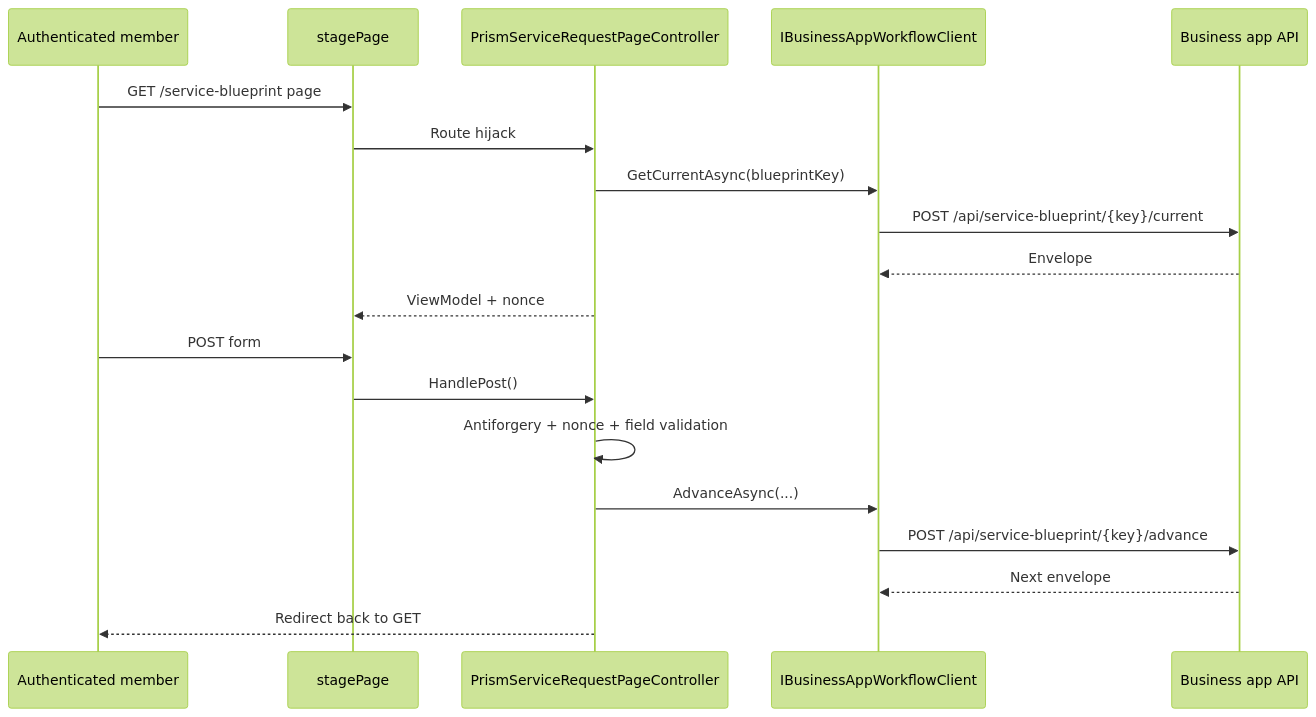
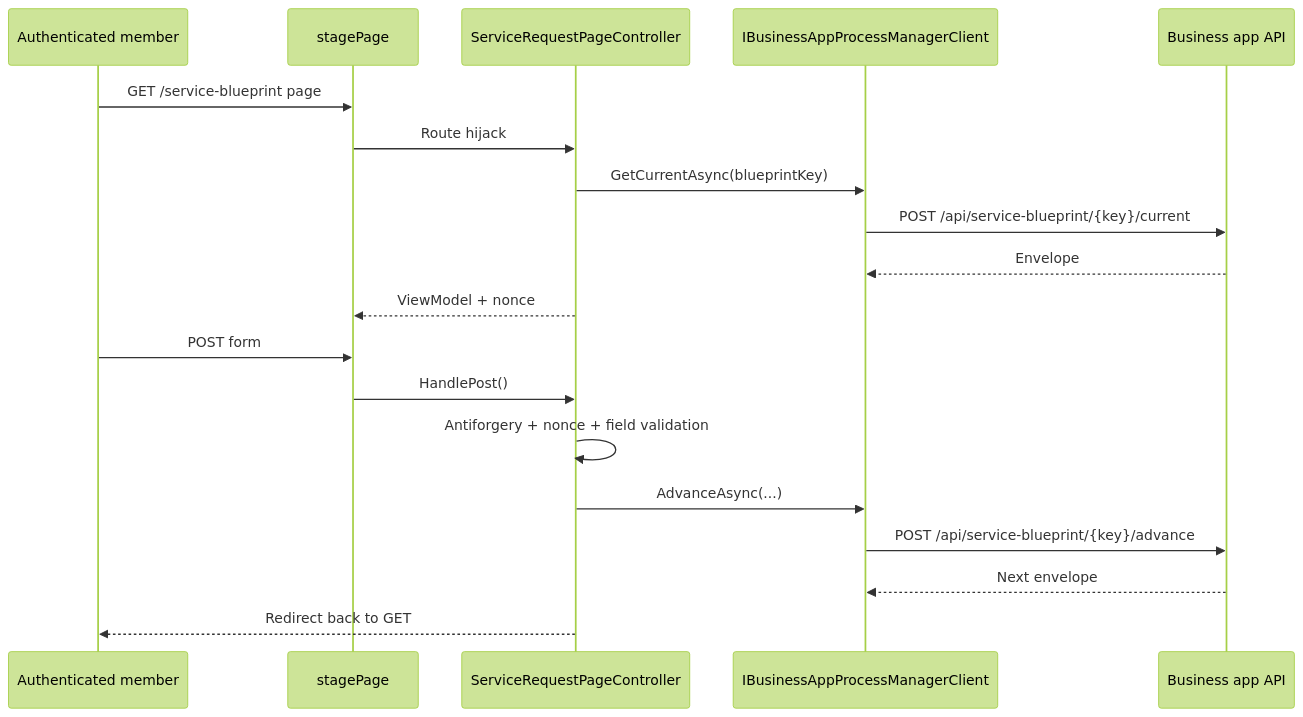
One commit to jonnymuir/Umbraco.Prism changed the diagram in docs/design/service-request-forms-engine-umbraco.md. Above: the diagram before and after it, drawn with Mermaid (forest theme). The commit also changed other lines of this file and 16 other files, not shown here.

````diff
--- a/docs/design/service-request-forms-engine-umbraco.md
+++ b/docs/design/service-request-forms-engine-umbraco.md
@@ -99,22 +99,22 @@
 ```mermaid
 sequenceDiagram
     participant Member as Authenticated member
     participant Page as stagePage
-    participant Controller as PrismServiceRequestPageController
-    participant Client as IBusinessAppWorkflowClient
+    participant Controller as ServiceRequestPageController
+    participant Client as IBusinessAppProcessManagerClient
     participant API as Business app API
 
     Member->>Page: GET /service-blueprint page
     Page->>Controller: Route hijack
     Controller->>Client: GetCurrentAsync(blueprintKey)
     Client->>API: POST /api/service-blueprint/{key}/current
     API-->>Client: Envelope
     Controller-->>Page: ViewModel + nonce
     Member->>Page: POST form
     Page->>Controller: HandlePost()
     Controller->>Controller: Antiforgery + nonce + field validation
     Controller->>Client: AdvanceAsync(...)
     Client->>API: POST /api/service-blueprint/{key}/advance
     API-->>Client: Next envelope
     Controller-->>Member: Redirect back to GET
 ```
````
